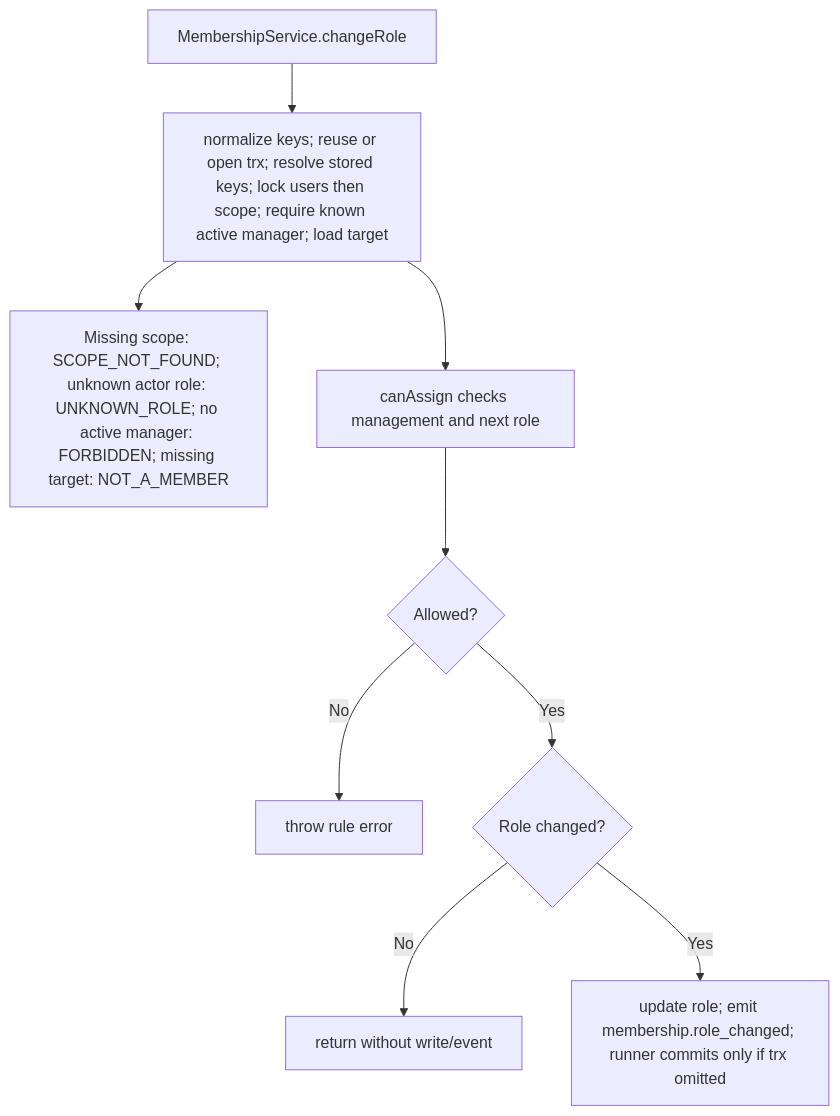
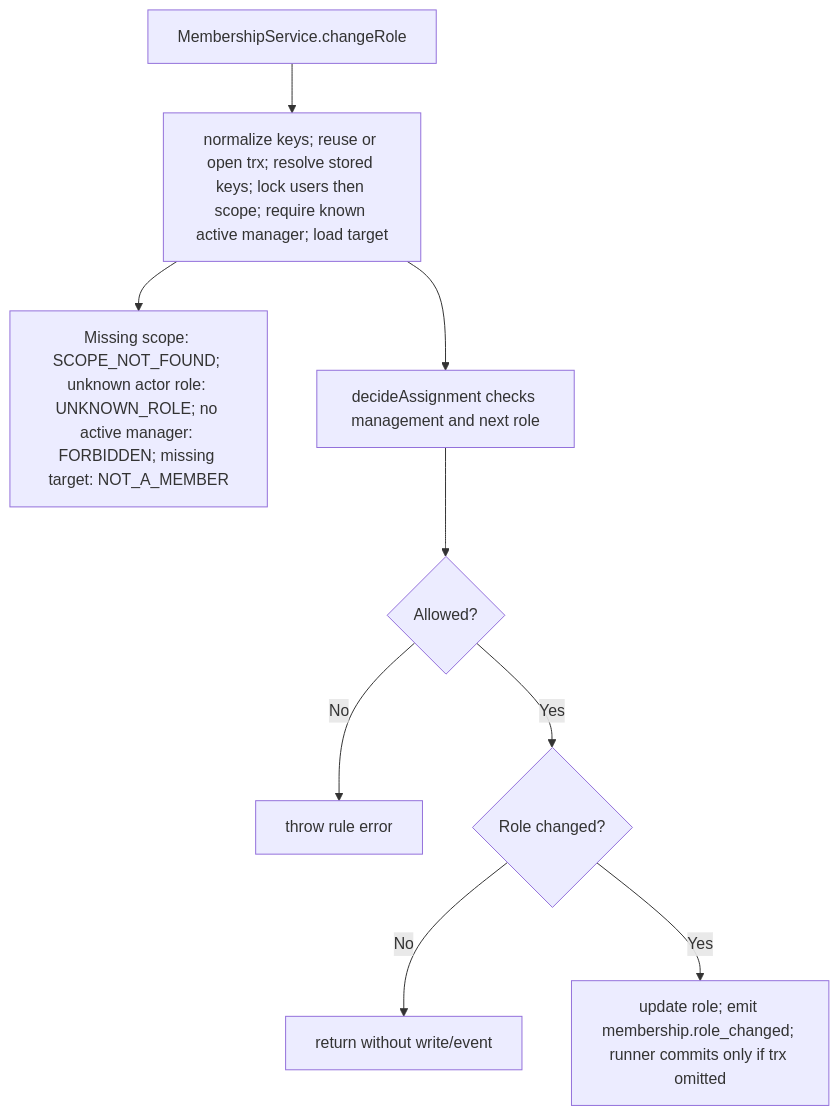
The second of 2 diagrams in user-stories/US-ACCESS-04-change-member-role.md (Kevinjohn/oss-adonisjs-access-control), drawn with Mermaid before and after one commit. The commit also changed 25 other files, not shown here.

````diff
--- a/user-stories/US-ACCESS-04-change-member-role.md
+++ b/user-stories/US-ACCESS-04-change-member-role.md
@@ -39,11 +39,11 @@
 ```mermaid
 flowchart TD
     A["MembershipService.changeRole"] --> B["normalize keys; reuse or open trx; resolve stored keys; lock users then scope; require known active manager; load target"]
     B --> X["Missing scope: SCOPE_NOT_FOUND; unknown actor role: UNKNOWN_ROLE; no active manager: FORBIDDEN; missing target: NOT_A_MEMBER"]
-    B --> C["canAssign checks management and next role"]
+    B --> C["decideAssignment checks management and next role"]
     C --> D{"Allowed?"}
     D -->|No| E["throw rule error"]
     D -->|Yes| F{"Role changed?"}
     F -->|No| G["return without write/event"]
     F -->|Yes| H["update role; emit membership.role_changed; runner commits only if trx omitted"]
 ```
````
